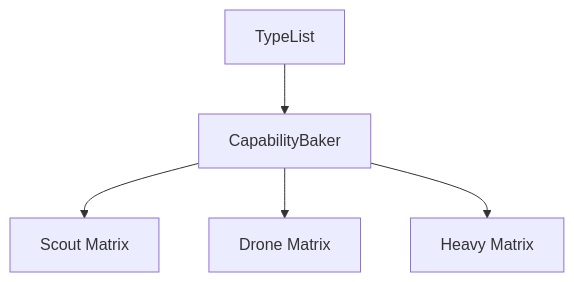
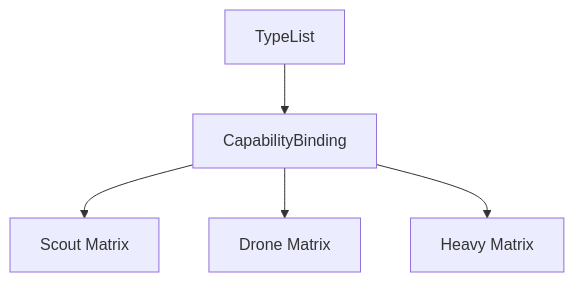
The ninth of 19 diagrams in cppcon/cppcon_talk.md (CT-74/CapabilityReconstructionGraph), drawn with Mermaid before and after one commit. The commit also changed other lines of this file and 10 other files, not shown here.

Commit message:
renaming baker to binding

````diff
--- a/cppcon/cppcon_talk.md
+++ b/cppcon/cppcon_talk.md
@@ -240,7 +240,7 @@
 ```mermaid
 graph TD
-    TL["TypeList"] --> Baker["CapabilityBaker"]
-    Baker --> M1["Scout Matrix"]
-    Baker --> M2["Drone Matrix"]
-    Baker --> M3["Heavy Matrix"]
+    TL["TypeList"] --> Binding["CapabilityBinding"]
+    Binding --> M1["Scout Matrix"]
+    Binding --> M2["Drone Matrix"]
+    Binding --> M3["Heavy Matrix"]
 ```
````
